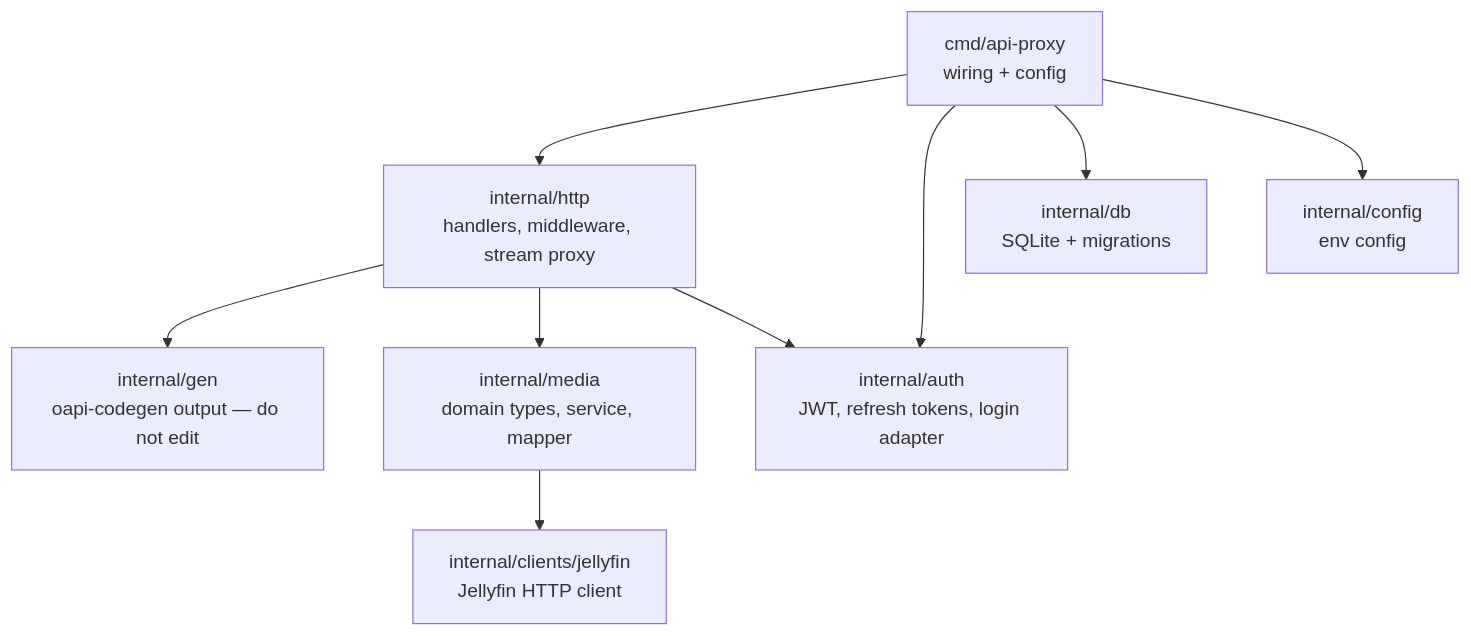
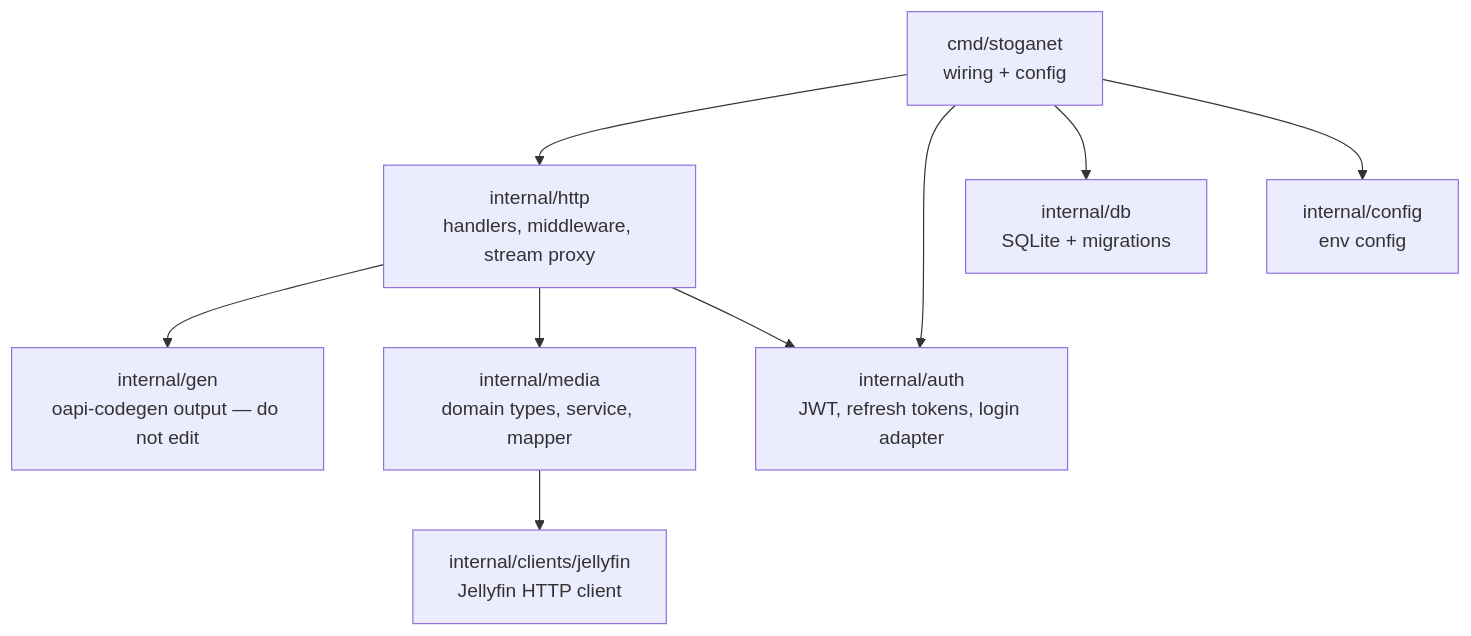
The third of 3 diagrams in README.md (Stoganet/api-proxy), drawn with Mermaid before and after one commit. The commit also changed other lines of this file and 44 other files, not shown here.

First line of the commit message:
refactor!: rename api-proxy to stoganet

````diff
--- a/README.md
+++ b/README.md
@@ -81,20 +81,20 @@
 ```mermaid
 graph TD
-  cmd["cmd/api-proxy<br/>wiring + config"]
+  cmd["cmd/stoganet<br/>wiring + config"]
   httpPkg["internal/http<br/>handlers, middleware, stream proxy"]
   gen["internal/gen<br/>oapi-codegen output — do not edit"]
   media["internal/media<br/>domain types, service, mapper"]
   jf["internal/clients/jellyfin<br/>Jellyfin HTTP client"]
   auth["internal/auth<br/>JWT, refresh tokens, login adapter"]
   db["internal/db<br/>SQLite + migrations"]
   config["internal/config<br/>env config"]
 
   cmd --> httpPkg
   cmd --> auth
   cmd --> db
   cmd --> config
   httpPkg --> gen
   httpPkg --> media
   httpPkg --> auth
   media --> jf
 ```
````
